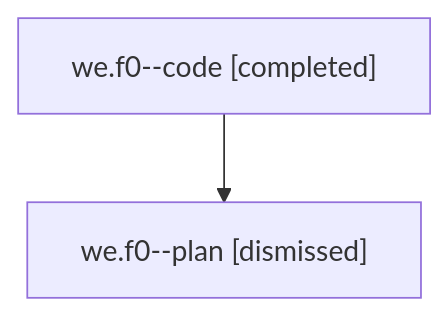
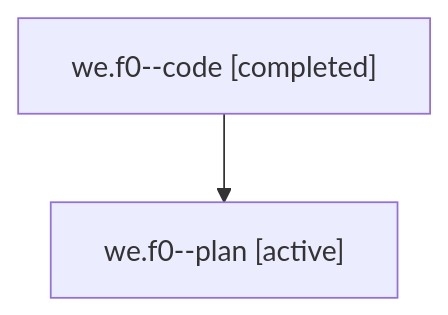
One commit to sase-org/sase--agents changed the diagram in families/bbugyi200.athena.we.f0.md. Above: the diagram before and after it, drawn with Mermaid. The commit also changed other lines of this file and 35830 other files, not shown here.

````diff
--- a/families/bbugyi200.athena.we.f0.md
+++ b/families/bbugyi200.athena.we.f0.md
@@ -9,6 +9,6 @@
 ```mermaid
 flowchart TD
   n0["we.f0--code [completed]"]
-  n1["we.f0--plan [dismissed]"]
+  n1["we.f0--plan [active]"]
   n0 --> n1
 ```
````
